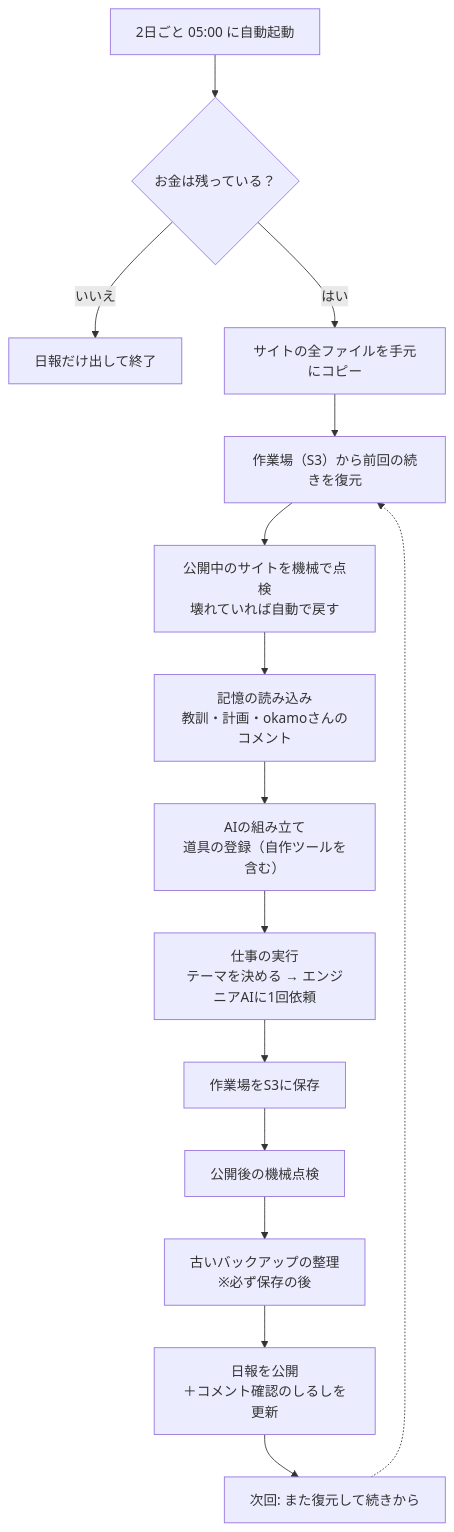
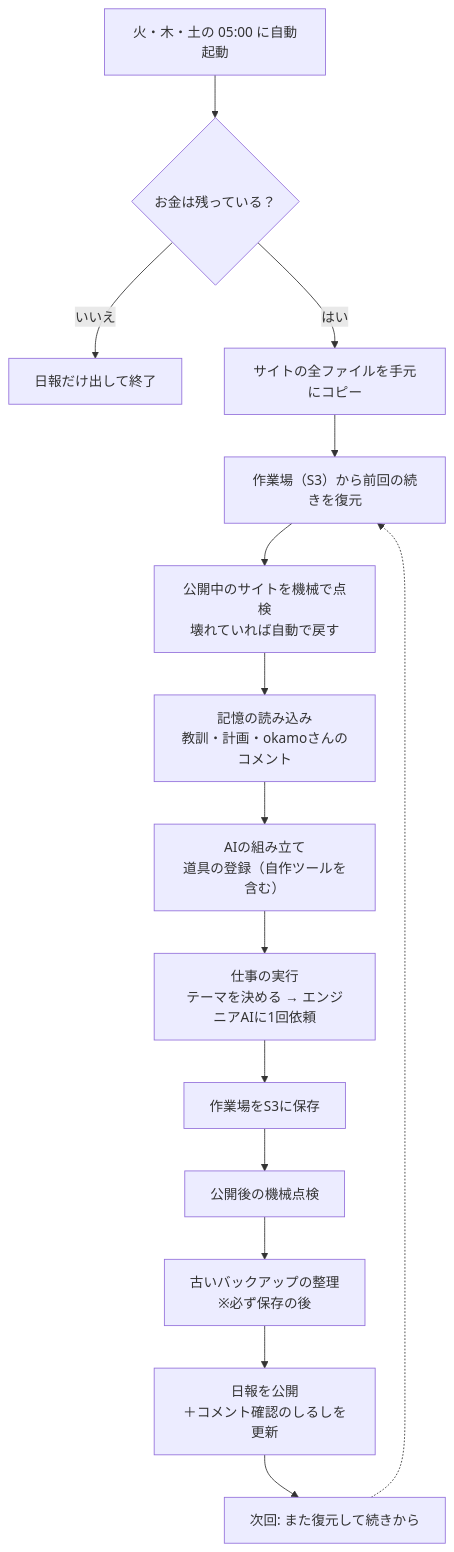
The first of 2 diagrams in docs/self-improvement-loop.md (okamoto53515606/akira), drawn with Mermaid before and after one commit. The commit also changed other lines of this file and 3 other files, not shown here.

````diff
--- a/docs/self-improvement-loop.md
+++ b/docs/self-improvement-loop.md
@@ -64,17 +64,17 @@
 ```mermaid
 flowchart TD
-  S["2日ごと 05:00 に自動起動"] --> G{"お金は残っている？"}
+  S["火・木・土の 05:00 に自動起動"] --> G{"お金は残っている？"}
   G -- "いいえ" --> RPT1["日報だけ出して終了"]
   G -- "はい" --> DL["サイトの全ファイルを手元にコピー"]
   DL --> RS["作業場（S3）から前回の続きを復元"]
   RS --> HC["公開中のサイトを機械で点検<br/>壊れていれば自動で戻す"]
   HC --> CFG["記憶の読み込み<br/>教訓・計画・okamoさんのコメント"]
   CFG --> AG["AIの組み立て<br/>道具の登録（自作ツールを含む）"]
   AG --> MS["仕事の実行<br/>テーマを決める → エンジニアAIに1回依頼"]
   MS --> SV["作業場をS3に保存"]
   SV --> PC["公開後の機械点検"]
   PC --> ROT["古いバックアップの整理<br/>※必ず保存の後"]
   ROT --> RPT2["日報を公開<br/>＋コメント確認のしるしを更新"]
   RPT2 --> NX["次回: また復元して続きから"]
   NX -.-> RS
 ```
````
